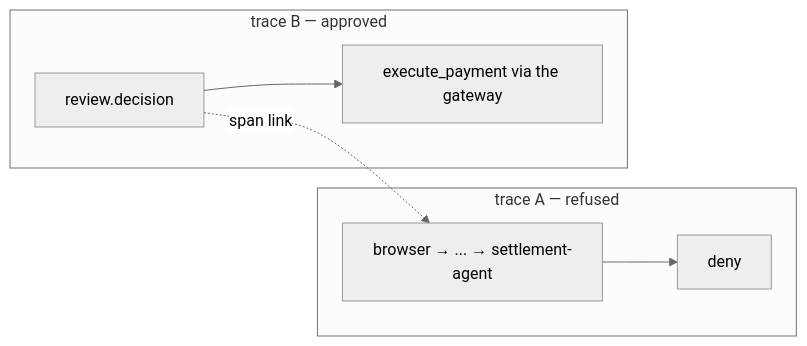
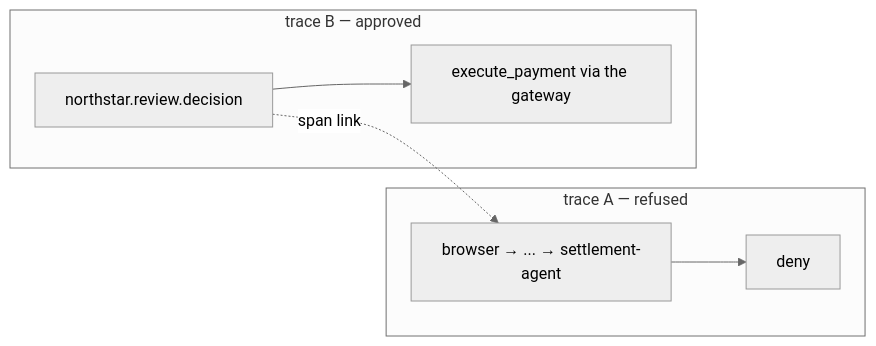
Before and after one commit to kaspernissen/aip-demo: the second of 2 diagrams in README.md, drawn with Mermaid (neutral theme). The commit also changed other lines of this file and 43 other files, not shown here.

Commit message:
feat(m9): the demo reads Jaeger, not OpenSearch; docs and deck use the registry names, a published-schema slide, live-check limits documented

```diff
--- a/README.md
+++ b/README.md
@@ -94,10 +98,10 @@
 <pre class="mermaid">
 flowchart LR
     subgraph A["trace A — refused"]
         a1["browser → ... → settlement-agent"] --> a2["deny"]
     end
     subgraph B["trace B — approved"]
-        b1["review.decision"] --> b2["execute_payment via the gateway"]
+        b1["northstar.review.decision"] --> b2["execute_payment via the gateway"]
     end
     b1 -.->|"span link"| a1
 </pre>
```
